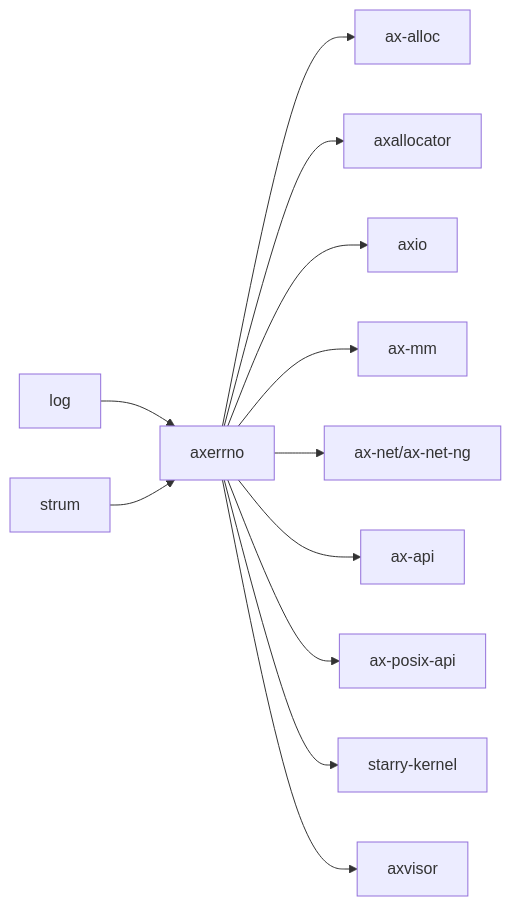
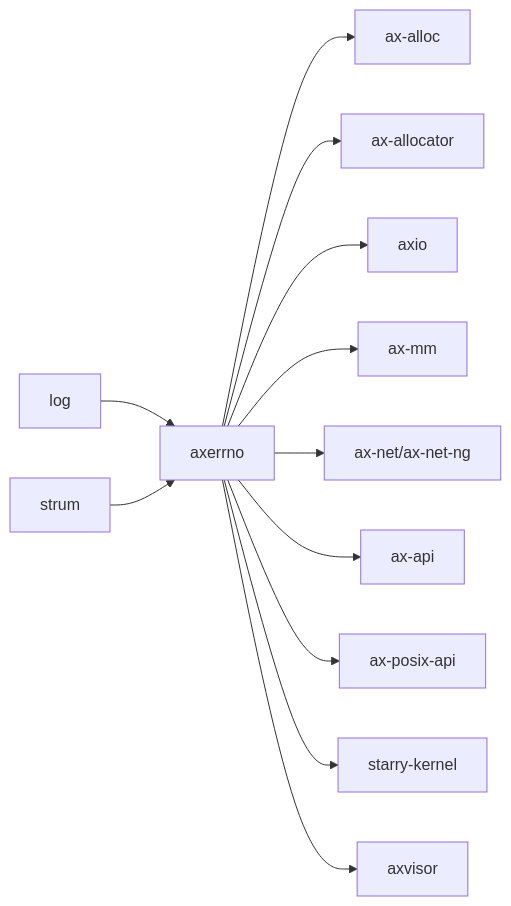
The second of 2 diagrams in docs/crates/axerrno.md (zKurisu/tgoskits), drawn with Mermaid before and after one commit. The commit also changed 43 other files, not shown here.

Commit message:
rename axallocator to ax-allocator

````diff
--- a/docs/crates/axerrno.md
+++ b/docs/crates/axerrno.md
@@ -80,15 +80,15 @@
 ```mermaid
 graph LR
     log["log"] --> axerrno["axerrno"]
     strum["strum"] --> axerrno
 
     axerrno --> ax-alloc["ax-alloc"]
-    axerrno --> axallocator["axallocator"]
+    axerrno --> ax-allocator["ax-allocator"]
     axerrno --> axio["axio"]
     axerrno --> ax-mm["ax-mm"]
     axerrno --> ax-net["ax-net/ax-net-ng"]
     axerrno --> ax-api["ax-api"]
     axerrno --> arceos_posix["ax-posix-api"]
     axerrno --> starry_kernel["starry-kernel"]
     axerrno --> axvisor["axvisor"]
 ```
````
